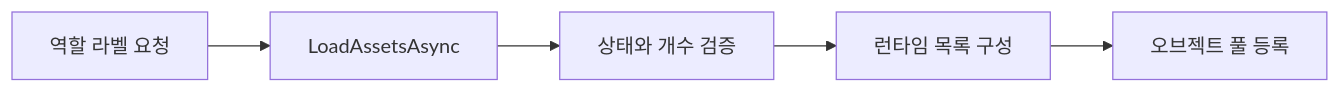
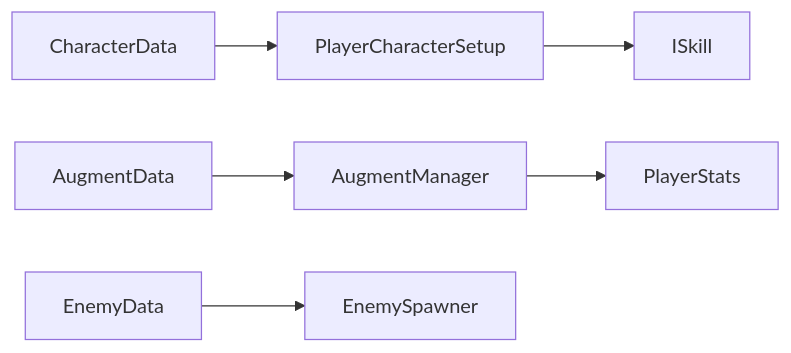
Before and after one commit to oppa073-hub/Animal-Ball-Fighter-Portfolio: the fifth of 11 diagrams in README.md, drawn with Mermaid. The commit also changed other lines of this file and 782 other files, not shown here.

````diff
--- a/README.md
+++ b/README.md
@@ -135,7 +234,8 @@
 ```mermaid
 flowchart LR
-    A[역할 라벨 요청] --> B[LoadAssetsAsync]
-    B --> C[상태와 개수 검증]
-    C --> D[런타임 목록 구성]
-    D --> E[오브젝트 풀 등록]
+    A[CharacterData] --> B[PlayerCharacterSetup]
+    B --> C[ISkill]
+    D[AugmentData] --> E[AugmentManager]
+    E --> F[PlayerStats]
+    G[EnemyData] --> H[EnemySpawner]
 ```
````
